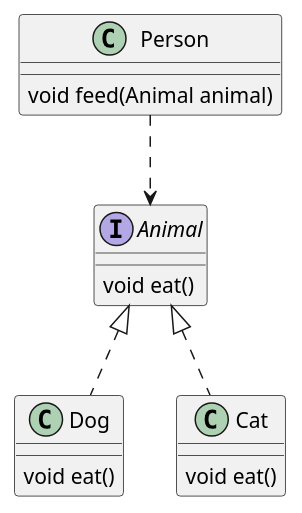
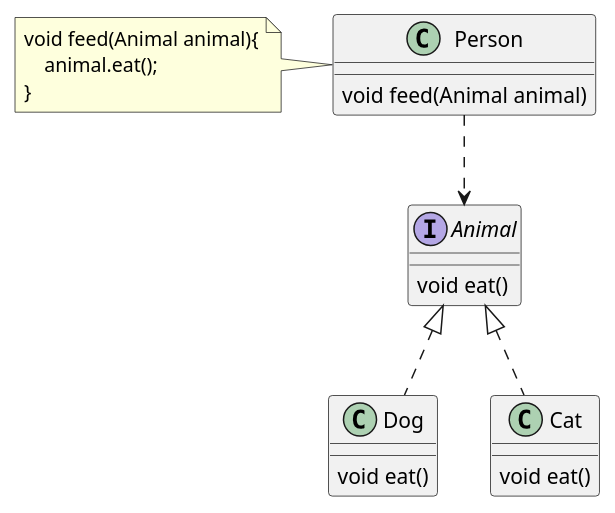
Before and after one commit to Drintau/StudyRepository: the diagram in doc/UML/principle/依赖倒转原则正例.puml, drawn with PlantUML. The commit also changed 12 other files, not shown here.

```diff
--- a/doc/UML/principle/依赖倒转原则正例.puml
+++ b/doc/UML/principle/依赖倒转原则正例.puml
@@ -1,20 +1,25 @@
 @startuml
 
 class Person{
     void feed(Animal animal)
 }
+note left
+void feed(Animal animal){
+    animal.eat();
+}
+end note
 interface Animal{
     void eat()
 }
 class Dog{
     void eat()
 }
 class Cat{
     void eat()
 }
 
 Person ..> Animal
 Animal <|.. Dog
 Animal <|.. Cat
 
 @enduml
```
